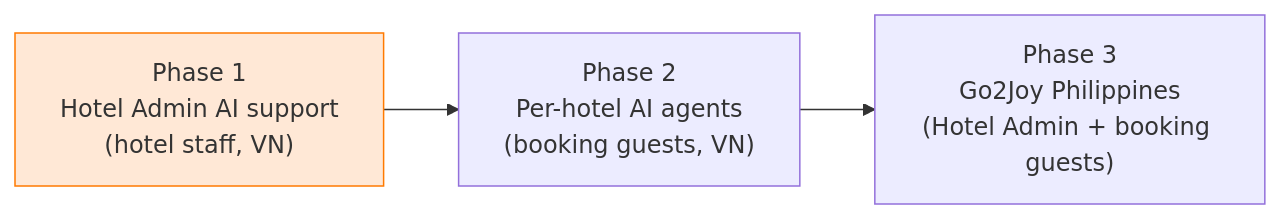
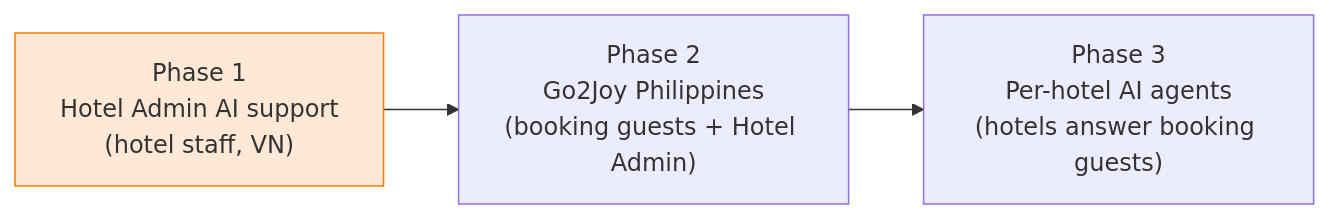
One commit to amoeba-group/btbz-sharp-talk changed the first of 15 diagrams in apps/web/public/manual/go2joy/plan.en.md. Above: the diagram before and after it, drawn with Mermaid. The commit also changed other lines of this file and 13 other files, not shown here.

````diff
--- a/apps/web/public/manual/go2joy/plan.en.md
+++ b/apps/web/public/manual/go2joy/plan.en.md
@@ -86,5 +88,5 @@
 ```mermaid
 flowchart LR
-  S1["Phase 1<br/>Hotel Admin AI support<br/>(hotel staff, VN)"] --> S2["Phase 2<br/>Per-hotel AI agents<br/>(booking guests, VN)"] --> S3["Phase 3<br/>Go2Joy Philippines<br/>(Hotel Admin + booking guests)"]
+  S1["Phase 1<br/>Hotel Admin AI support<br/>(hotel staff, VN)"] --> S2["Phase 2<br/>Go2Joy Philippines<br/>(booking guests + Hotel Admin)"] --> S3["Phase 3<br/>Per-hotel AI agents<br/>(hotels answer booking guests)"]
   style S1 fill:#ffe8d6,stroke:#ff7a00
 ```
````
